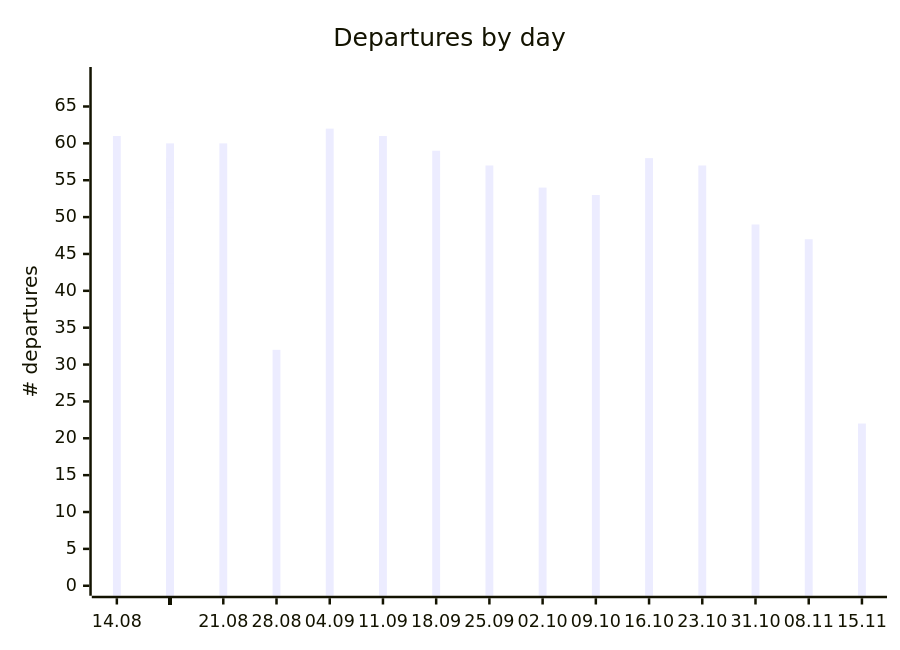
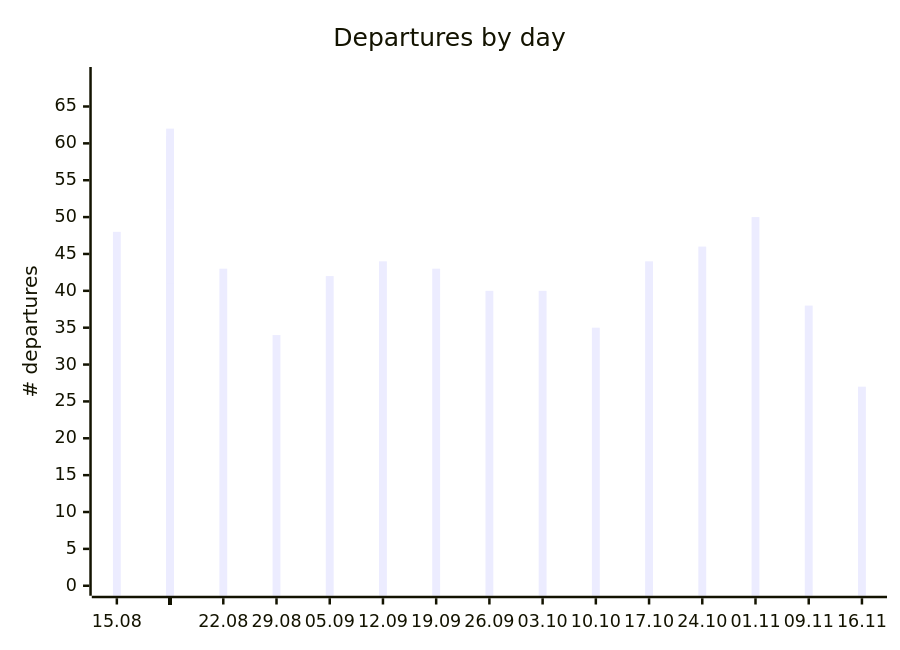
Before and after one commit to rainermesi/tll-airport-departures: the first of 2 diagrams in README.md, drawn with Mermaid. The commit also changed other lines of this file and 3 other files, not shown here.

````diff
--- a/README.md
+++ b/README.md
@@ -65,12 +65,12 @@
 ```mermaid
 ---
 xyChart:
     xAxis:
       labelFontSize: 8
 ---
 xychart-beta
     title "Departures by day"
-    x-axis ["14.08", " ", " ", " ", " ", " ", " ", "21.08", " ", " ", " ", " ", " ", " ", "28.08", " ", " ", " ", " ", " ", " ", "04.09", " ", " ", " ", " ", " ", " ", "11.09", " ", " ", " ", " ", " ", " ", "18.09", " ", " ", " ", " ", " ", " ", "25.09", " ", " ", " ", " ", " ", " ", "02.10", " ", " ", " ", " ", " ", " ", "09.10", " ", " ", " ", " ", " ", " ", "16.10", " ", " ", " ", " ", " ", " ", "23.10", " ", " ", " ", " ", " ", " ", "31.10", " ", " ", " ", " ", " ", " ", "08.11", " ", " ", " ", " ", "15.11"]
+    x-axis ["15.08", " ", " ", " ", " ", " ", " ", "22.08", " ", " ", " ", " ", " ", " ", "29.08", " ", " ", " ", " ", " ", " ", "05.09", " ", " ", " ", " ", " ", " ", "12.09", " ", " ", " ", " ", " ", " ", "19.09", " ", " ", " ", " ", " ", " ", "26.09", " ", " ", " ", " ", " ", " ", "03.10", " ", " ", " ", " ", " ", " ", "10.10", " ", " ", " ", " ", " ", " ", "17.10", " ", " ", " ", " ", " ", " ", "24.10", " ", " ", " ", " ", " ", " ", "01.11", " ", " ", " ", " ", " ", " ", "09.11", " ", " ", " ", " ", "16.11"]
     y-axis "# departures" 0 --> 69
-    bar [61, 48, 57, 60, 46, 54, 55, 60, 43, 58, 58, 48, 54, 33, 32, 34, 52, 54, 45, 54, 49, 62, 42, 56, 57, 48, 53, 52, 61, 44, 54, 56, 47, 51, 52, 59, 43, 52, 55, 46, 51, 53, 57, 40, 48, 54, 42, 46, 52, 54, 40, 48, 50, 36, 45, 46, 53, 35, 49, 50, 34, 46, 52, 58, 44, 55, 56, 46, 48, 52, 57, 46, 50, 46, 51, 27, 49, 49, 50, 44, 20, 43, 24, 45, 47, 38, 20, 23, 41, 22]
+    bar [48, 57, 60, 46, 54, 55, 60, 43, 58, 58, 48, 54, 33, 32, 34, 52, 54, 45, 54, 49, 62, 42, 56, 57, 48, 53, 52, 61, 44, 54, 56, 47, 51, 52, 59, 43, 52, 55, 46, 51, 53, 57, 40, 48, 54, 42, 46, 52, 54, 40, 48, 50, 36, 45, 46, 53, 35, 49, 50, 34, 46, 52, 58, 44, 55, 56, 46, 48, 52, 57, 46, 50, 46, 51, 27, 49, 49, 50, 44, 20, 43, 24, 45, 47, 38, 20, 23, 41, 22, 27]
 ```
````
